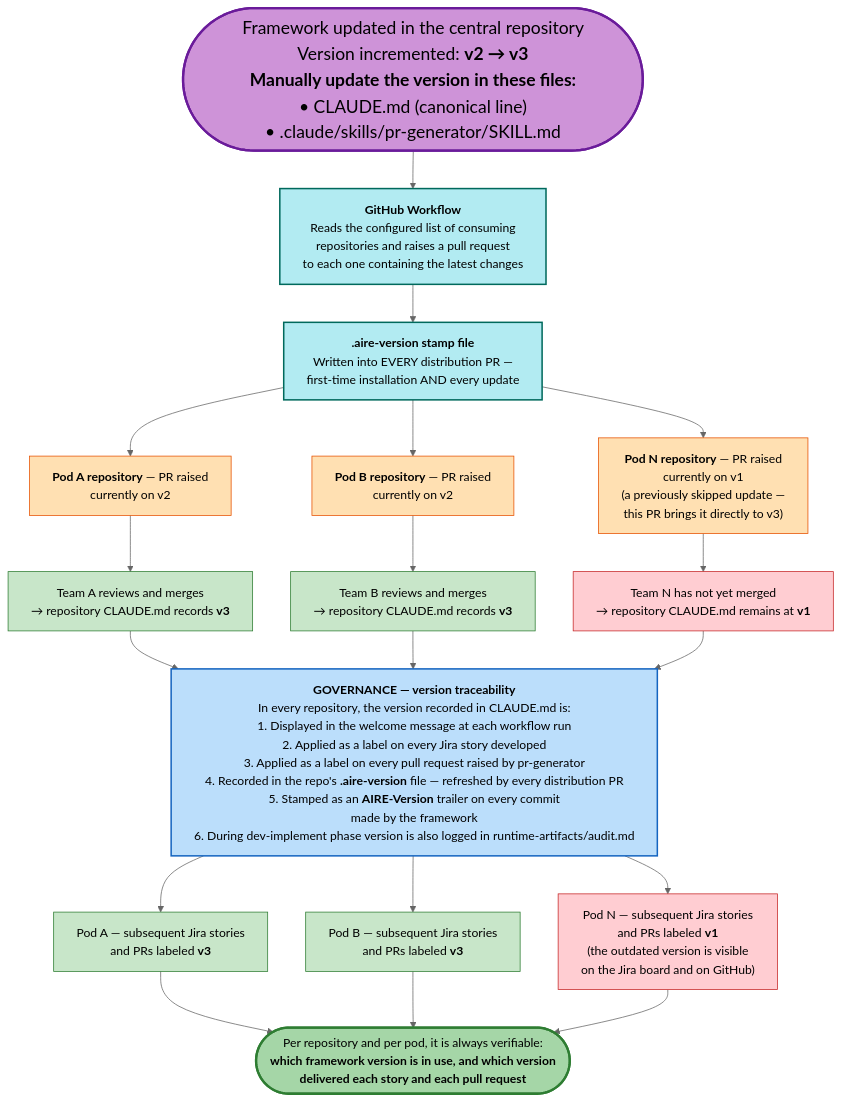
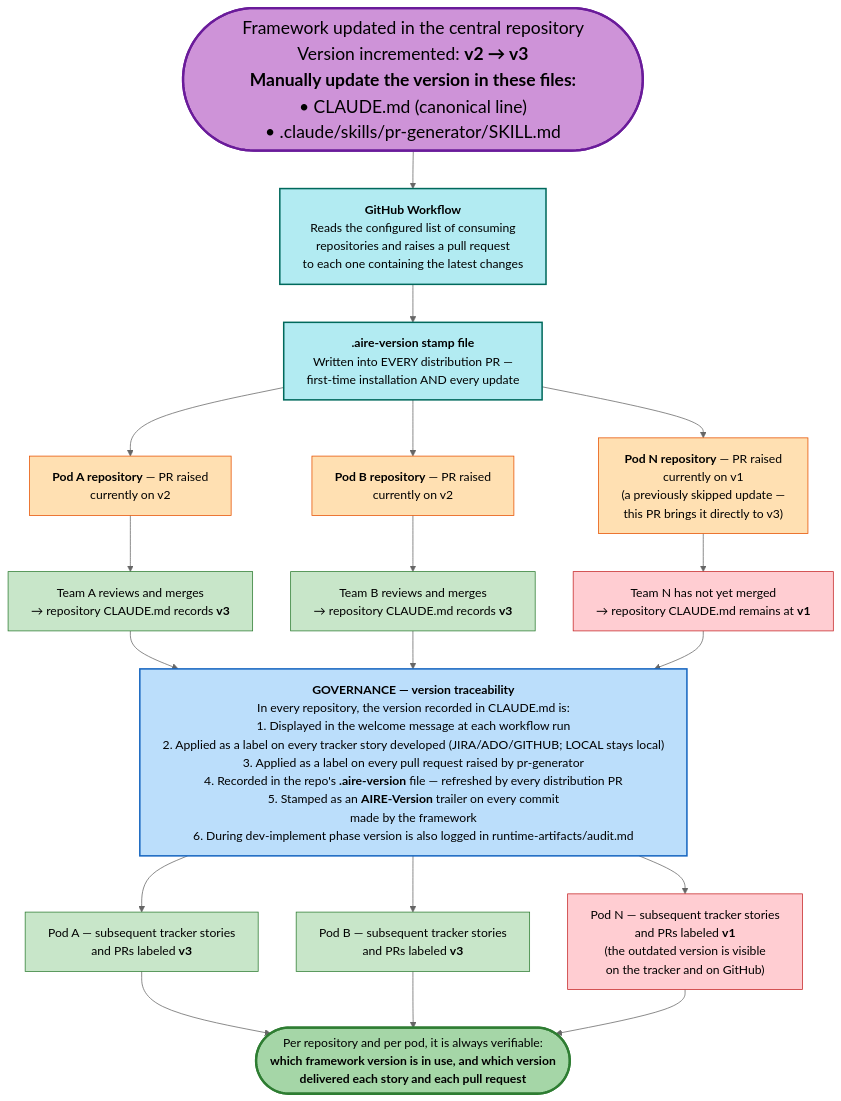
Before and after one commit to Shailendrayadav0666/billing-cycle-copy: diagram 11 of 13 in aire-workflow/aire-workflow-diagram.md, drawn with Mermaid (neutral theme). The commit also changed other lines of this file and 48 other files, not shown here.

````diff
--- a/aire-workflow/aire-workflow-diagram.md
+++ b/aire-workflow/aire-workflow-diagram.md
@@ -1303,48 +1376,48 @@
 ```mermaid
 %%{init: {"flowchart": {"wrappingWidth": 1000}} }%%
 flowchart TD
     %% ── DISTRIBUTION ──────────────────────────────────
 
     UPDATE(["&nbsp;&nbsp;&nbsp;&nbsp;&nbsp;&nbsp;&nbsp;&nbsp;Framework updated in the central repository&nbsp;&nbsp;&nbsp;&nbsp;&nbsp;&nbsp;&nbsp;&nbsp;<br/>Version incremented: <b>v2 → v3</b><br/><b>Manually update the version in these files:</b><br/>• CLAUDE.md (canonical line)<br/>&nbsp;&nbsp;&nbsp;&nbsp;• .claude/skills/pr-generator/SKILL.md&nbsp;&nbsp;&nbsp;&nbsp;"])
 
     UPDATE --> GHW["<b>GitHub Workflow</b><br/>Reads the configured list of consuming<br/>repositories and raises a pull request<br/>to each one containing the latest changes"]
 
     GHW --> VSTAMP["<b>.aire-version stamp file</b><br/>Written into EVERY distribution PR —<br/>first-time installation AND every update"]
 
     VSTAMP --> PR_A["<b>Pod A repository</b> — PR raised<br/>currently on v2"]
     VSTAMP --> PR_B["<b>Pod B repository</b> — PR raised<br/>currently on v2"]
     VSTAMP --> PR_N["<b>Pod N repository</b> — PR raised<br/>currently on v1<br/>(a previously skipped update —<br/>this PR brings it directly to v3)"]
 
     PR_A --> MRG_A["Team A reviews and merges<br/>→ repository CLAUDE.md records <b>v3</b>"]
     PR_B --> MRG_B["Team B reviews and merges<br/>→ repository CLAUDE.md records <b>v3</b>"]
     PR_N --> MRG_N["Team N has not yet merged<br/>→ repository CLAUDE.md remains at <b>v1</b>"]
 
     %% ── GOVERNANCE — version traceability ─────────────
 
-    MRG_A --> GOV["<b>GOVERNANCE — version traceability</b><br/>In every repository, the version recorded in CLAUDE.md is:<br/>1. Displayed in the welcome message at each workflow run<br/>2. Applied as a label on every Jira story developed<br/>3. Applied as a label on every pull request raised by pr-generator<br/>4. Recorded in the repo's <b>.aire-version</b> file — refreshed by every distribution PR<br/>5. Stamped as an <b>AIRE-Version</b> trailer on every commit<br/>made by the framework <br/>6. During dev-implement phase version is also logged in runtime-artifacts/audit.md<br/>"]
+    MRG_A --> GOV["<b>GOVERNANCE — version traceability</b><br/>In every repository, the version recorded in CLAUDE.md is:<br/>1. Displayed in the welcome message at each workflow run<br/>2. Applied as a label on every tracker story developed (JIRA/ADO/GITHUB; LOCAL stays local)<br/>3. Applied as a label on every pull request raised by pr-generator<br/>4. Recorded in the repo's <b>.aire-version</b> file — refreshed by every distribution PR<br/>5. Stamped as an <b>AIRE-Version</b> trailer on every commit<br/>made by the framework <br/>6. During dev-implement phase version is also logged in runtime-artifacts/audit.md<br/>"]
     MRG_B --> GOV
     MRG_N --> GOV
 
-    GOV --> BOARD_A["Pod A — subsequent Jira stories<br/>and PRs labeled <b>v3</b>"]
-    GOV --> BOARD_B["Pod B — subsequent Jira stories<br/>and PRs labeled <b>v3</b>"]
-    GOV --> BOARD_N["Pod N — subsequent Jira stories<br/>and PRs labeled <b>v1</b><br/>(the outdated version is visible<br/>on the Jira board and on GitHub)"]
+    GOV --> BOARD_A["Pod A — subsequent tracker stories<br/>and PRs labeled <b>v3</b>"]
+    GOV --> BOARD_B["Pod B — subsequent tracker stories<br/>and PRs labeled <b>v3</b>"]
+    GOV --> BOARD_N["Pod N — subsequent tracker stories<br/>and PRs labeled <b>v1</b><br/>(the outdated version is visible<br/>on the tracker and on GitHub)"]
 
     BOARD_A --> ANSWER(["Per repository and per pod, it is always verifiable:<br/><b>which framework version is in use, and which version<br/>delivered each story and each pull request</b>"])
     BOARD_B --> ANSWER
     BOARD_N --> ANSWER
 
     style UPDATE fill:#CE93D8,stroke:#6A1B9A,stroke-width:3px,font-size:23px
     style GHW fill:#B2EBF2,stroke:#00695C,stroke-width:2px
     style VSTAMP fill:#B2EBF2,stroke:#00695C,stroke-width:2px
     style PR_A fill:#FFE0B2,stroke:#E65100
     style PR_B fill:#FFE0B2,stroke:#E65100
     style PR_N fill:#FFE0B2,stroke:#E65100
     style MRG_A fill:#C8E6C9,stroke:#2E7D32
     style MRG_B fill:#C8E6C9,stroke:#2E7D32
     style MRG_N fill:#FFCDD2,stroke:#C62828
     style GOV fill:#BBDEFB,stroke:#1565C0,stroke-width:2px
     style BOARD_A fill:#C8E6C9,stroke:#2E7D32
     style BOARD_B fill:#C8E6C9,stroke:#2E7D32
     style BOARD_N fill:#FFCDD2,stroke:#C62828
     style ANSWER fill:#A5D6A7,stroke:#2E7D32,stroke-width:3px
 ```
````
